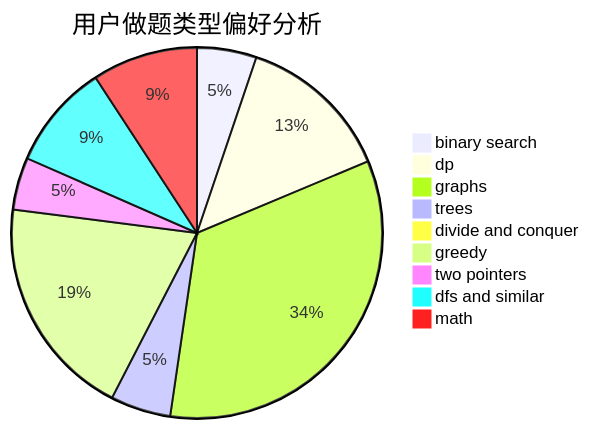
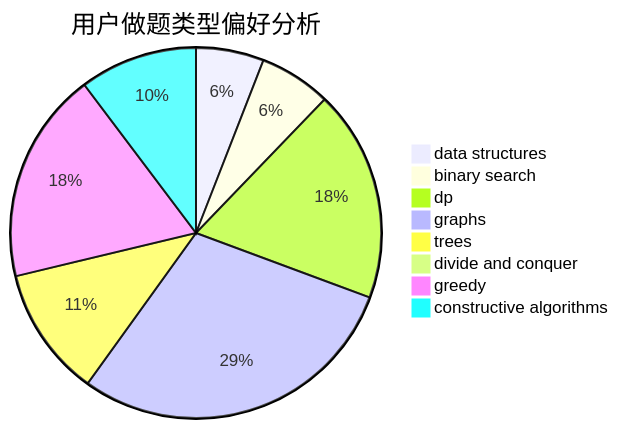
The second of 3 diagrams in docs/user/u981.md (sherpahu/cfrs.github.io), drawn with Mermaid before and after one commit. The commit also changed other lines of this file and 2775 other files, not shown here.

````diff
--- a/docs/user/u981.md
+++ b/docs/user/u981.md
@@ -23,12 +23,11 @@
 ```mermaid
 pie title 用户做题类型偏好分析
-    "binary search" :  75
-    "dp" :  195
-    "graphs" :  486
-    "trees" :  76
+    "data structures" :  34
+    "binary search" :  36
+    "dp" :  106
+    "graphs" :  168
+    "trees" :  65
     "divide and conquer" :  0
-    "greedy" :  281
-    "two pointers" :  66
-    "dfs and similar" :  133
-    "math" :  133
+    "greedy" :  106
+    "constructive algorithms" :  59
 ```
````
